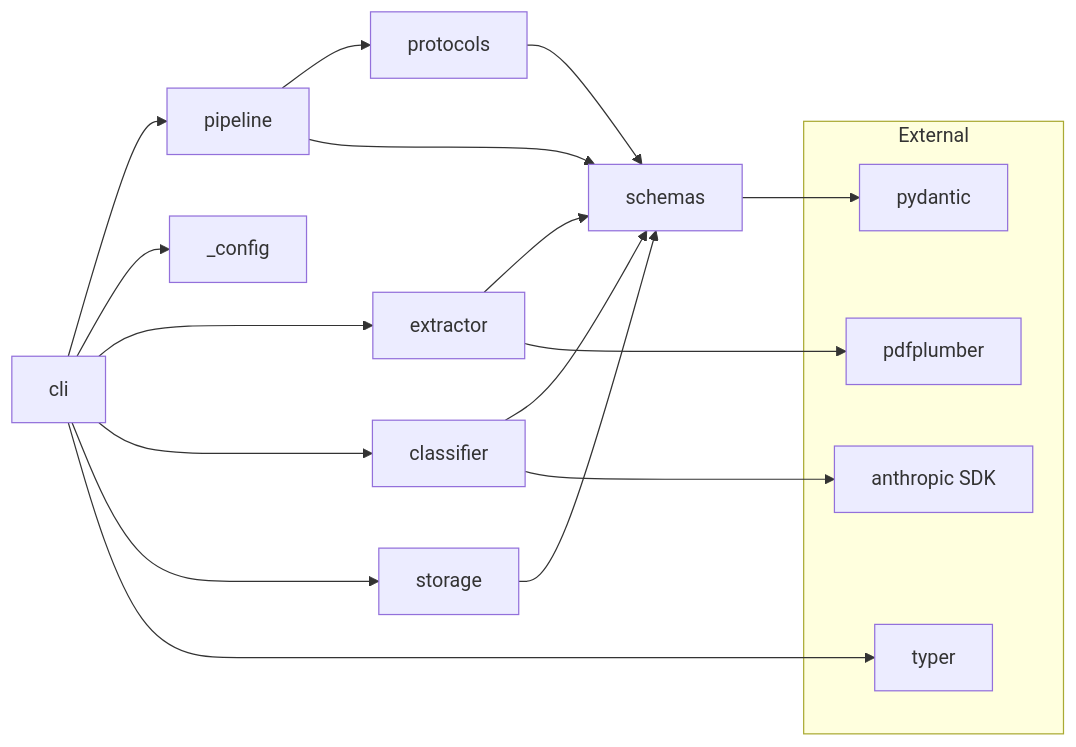
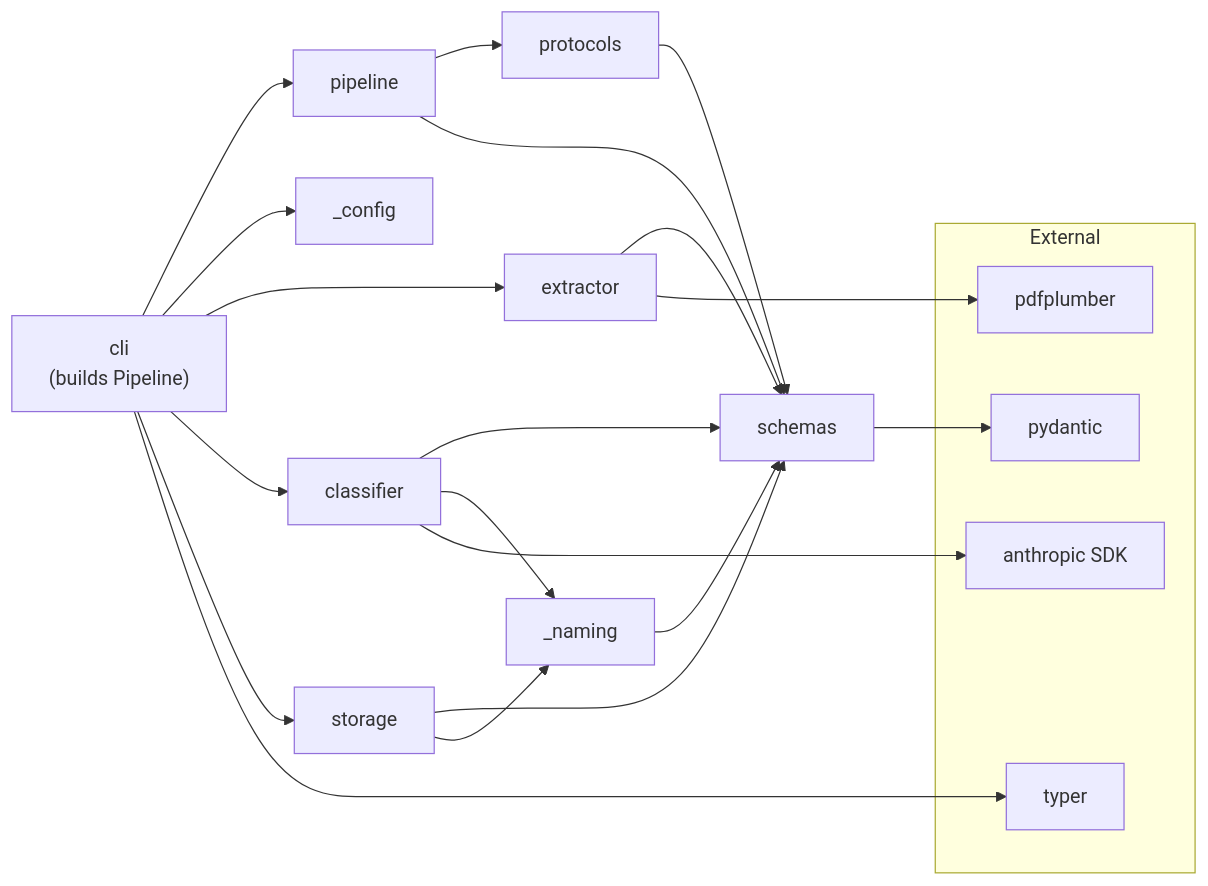
One commit to danx12/paperclaw changed the third of 4 diagrams in docs/DESIGN.md. Above: the diagram before and after it, drawn with Mermaid. The commit also changed other lines of this file and 24 other files, not shown here.

First line of the commit message:
Implement paperclaw v0.1: full pipeline, CLI, and test suite

````diff
--- a/docs/DESIGN.md
+++ b/docs/DESIGN.md
@@ -75,29 +81,32 @@
 ```mermaid
 graph LR
-    cli --> pipeline
+    cli["cli\n(builds Pipeline)"] --> pipeline
     cli --> _config
     cli --> extractor
     cli --> classifier
     cli --> storage
 
     pipeline --> protocols
     pipeline --> schemas
 
     extractor --> schemas
     classifier --> schemas
+    classifier --> _naming
     storage --> schemas
+    storage --> _naming
 
+    _naming --> schemas
     protocols --> schemas
 
     subgraph External
         pdfplumber
         anthropic_sdk["anthropic SDK"]
         typer_lib["typer"]
         pydantic_lib["pydantic"]
     end
 
     extractor --> pdfplumber
     classifier --> anthropic_sdk
     cli --> typer_lib
     schemas --> pydantic_lib
 ```
````
